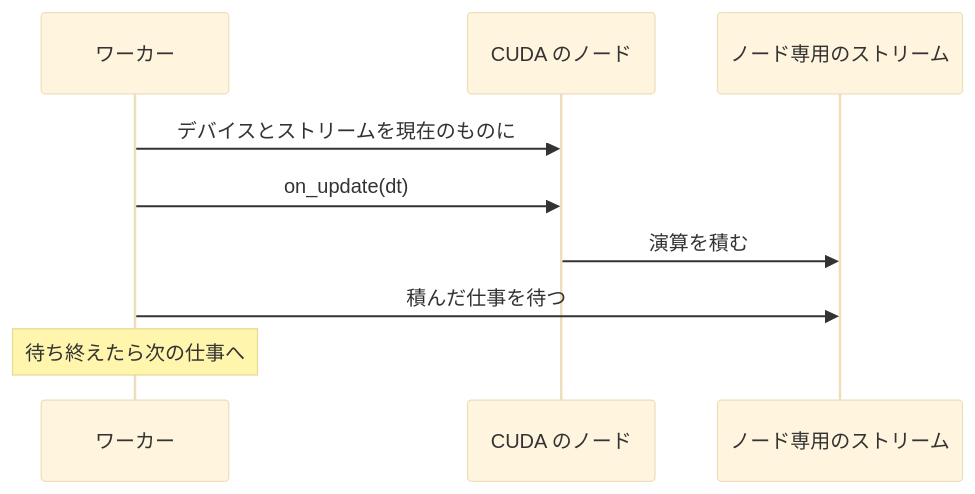
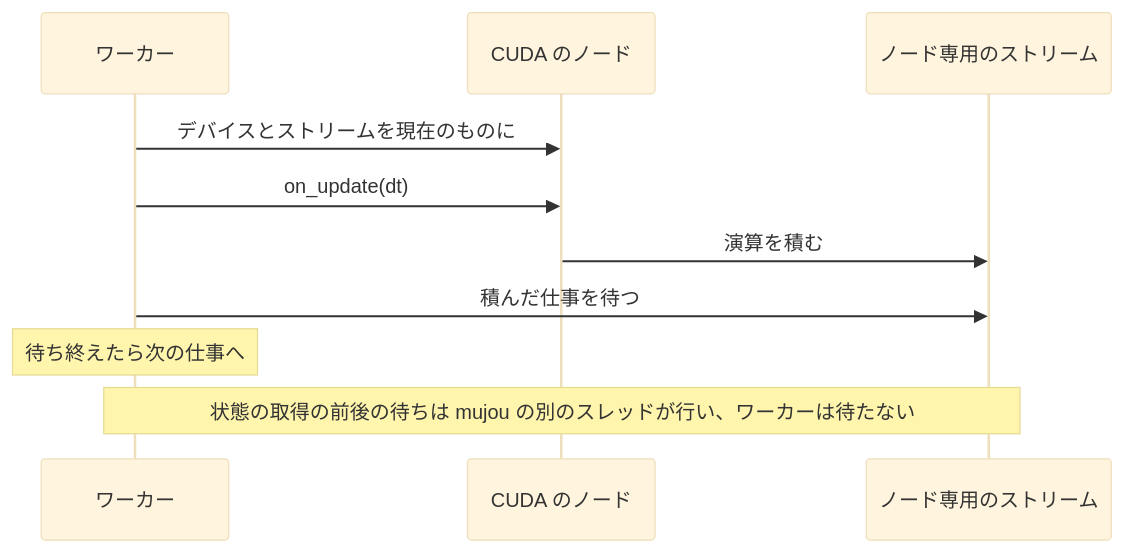
One commit to Geson-anko/mujou changed the third of 4 diagrams in docs/ja/topics/threads-and-devices.md. Above: the diagram before and after it, drawn with Mermaid (base theme). The commit also changed other lines of this file and 49 other files, not shown here.

````diff
--- a/docs/ja/topics/threads-and-devices.md
+++ b/docs/ja/topics/threads-and-devices.md
@@ -186,11 +97,12 @@
 ```mermaid
 sequenceDiagram
     participant W as ワーカー
     participant N as CUDA のノード
     participant S as ノード専用のストリーム
     W->>N: デバイスとストリームを現在のものに
     W->>N: on_update(dt)
     N->>S: 演算を積む
     W->>S: 積んだ仕事を待つ
     Note over W: 待ち終えたら次の仕事へ
+    Note over W,S: 状態の取得の前後の待ちは mujou の別のスレッドが行い、ワーカーは待たない
 ```
````
